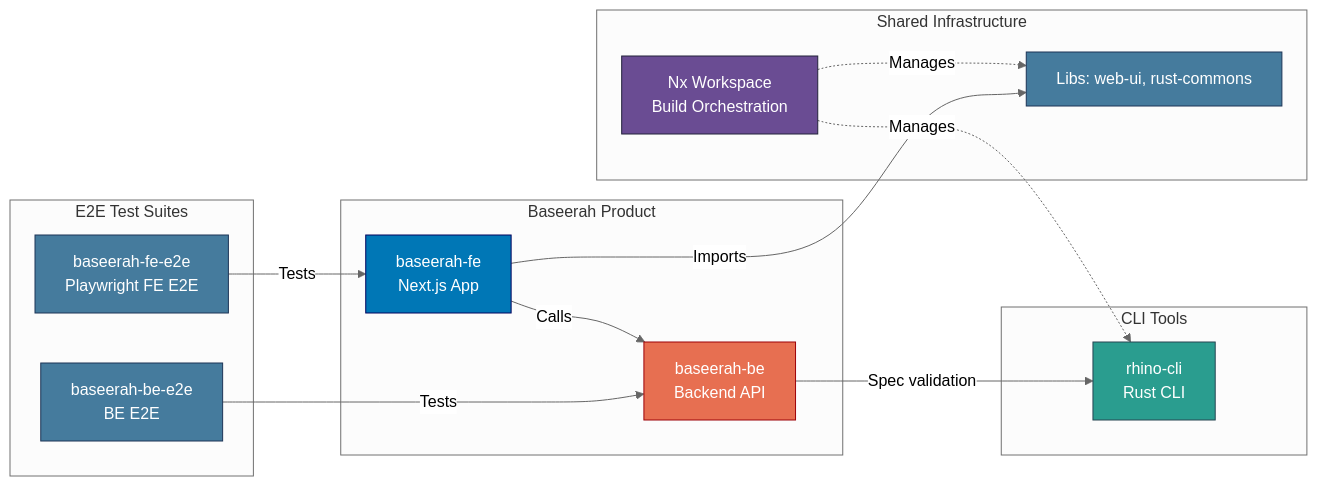
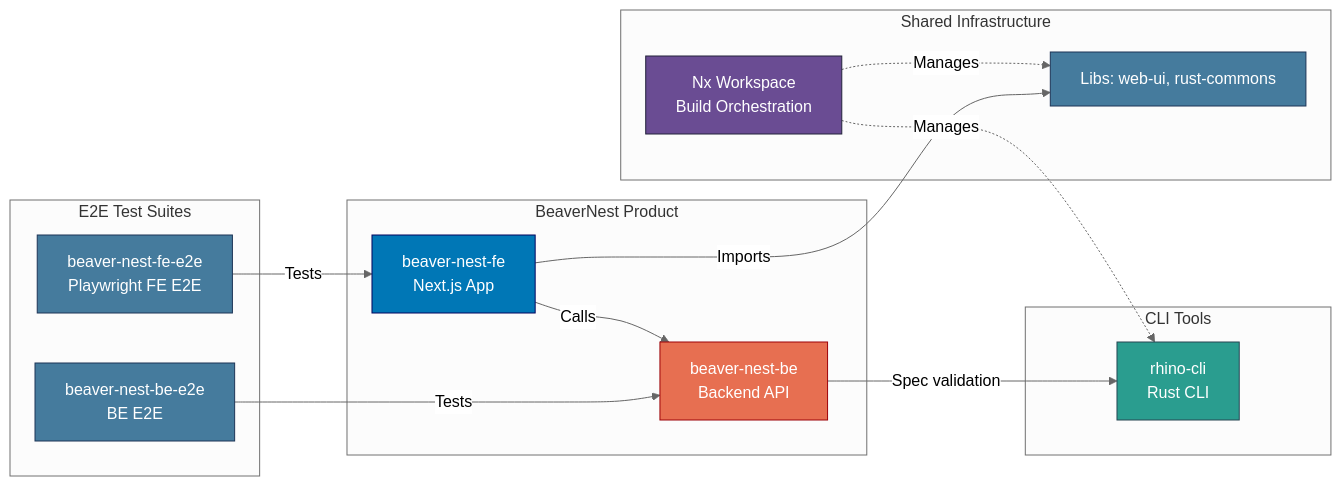
The diagram in docs/reference/system-architecture/applications.md (wahidyankf/baseerah), drawn with Mermaid (neutral theme) before and after one commit. The commit also changed other lines of this file and 20 other files, not shown here.

````diff
--- a/docs/reference/system-architecture/applications.md
+++ b/docs/reference/system-architecture/applications.md
@@ -65,37 +65,37 @@
 ```mermaid
 graph LR
     subgraph "CLI Tools"
         RHINO[rhino-cli<br/>Rust CLI]
     end
 
-    subgraph "Baseerah Product"
-        FE[baseerah-fe<br/>Next.js App]
-        BE[baseerah-be<br/>Backend API]
+    subgraph "BeaverNest Product"
+        FE[beaver-nest-fe<br/>Next.js App]
+        BE[beaver-nest-be<br/>Backend API]
     end
 
     subgraph "E2E Test Suites"
-        FE_E2E[baseerah-fe-e2e<br/>Playwright FE E2E]
-        BE_E2E[baseerah-be-e2e<br/>BE E2E]
+        FE_E2E[beaver-nest-fe-e2e<br/>Playwright FE E2E]
+        BE_E2E[beaver-nest-be-e2e<br/>BE E2E]
     end
 
     subgraph "Shared Infrastructure"
         LIBS[Libs: web-ui, rust-commons]
         NX[Nx Workspace<br/>Build Orchestration]
     end
 
     FE_E2E -->|Tests| FE
     BE_E2E -->|Tests| BE
     FE -->|Calls| BE
     FE -->|Imports| LIBS
     BE -->|Spec validation| RHINO
     NX -.->|Manages| RHINO
     NX -.->|Manages| LIBS
 
     style RHINO fill:#2a9d8f,stroke:#264653,color:#ffffff
     style FE fill:#0077b6,stroke:#03045e,color:#ffffff
     style BE fill:#e76f51,stroke:#9d0208,color:#ffffff
     style FE_E2E fill:#457b9d,stroke:#1d3557,color:#ffffff
     style BE_E2E fill:#457b9d,stroke:#1d3557,color:#ffffff
     style LIBS fill:#457b9d,stroke:#1d3557,color:#ffffff
     style NX fill:#6a4c93,stroke:#22223b,color:#ffffff
 ```
````
